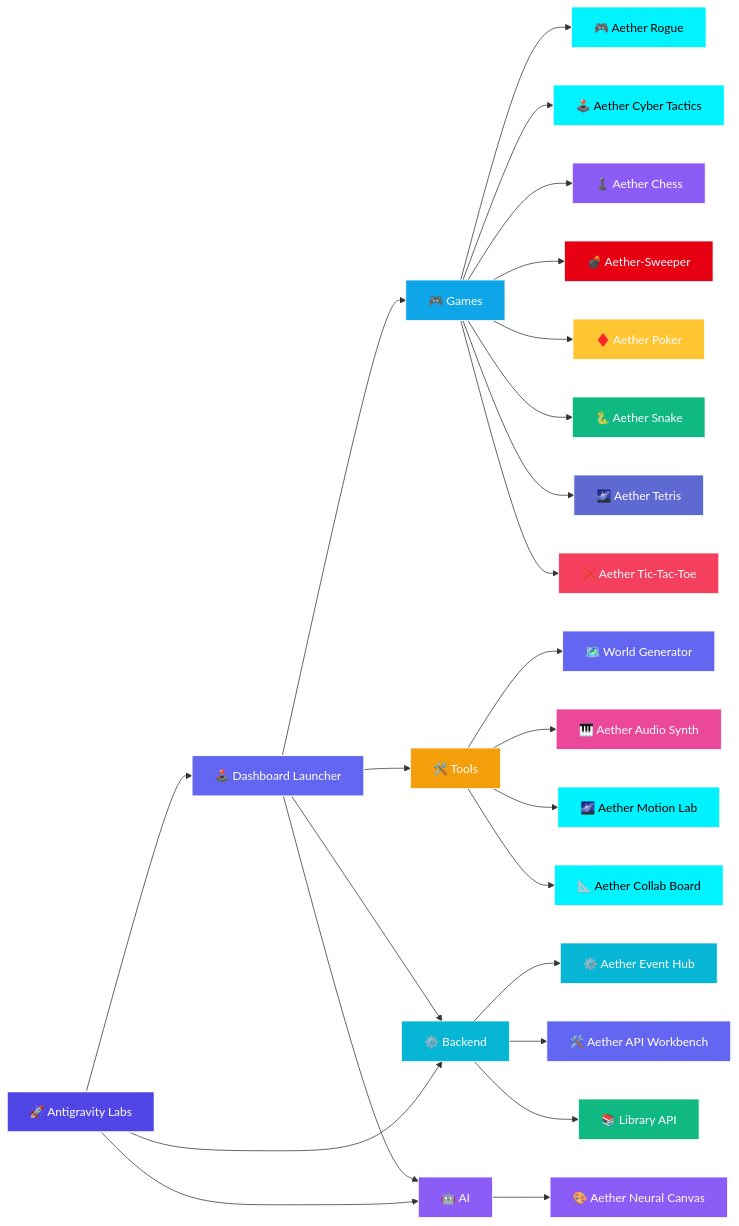
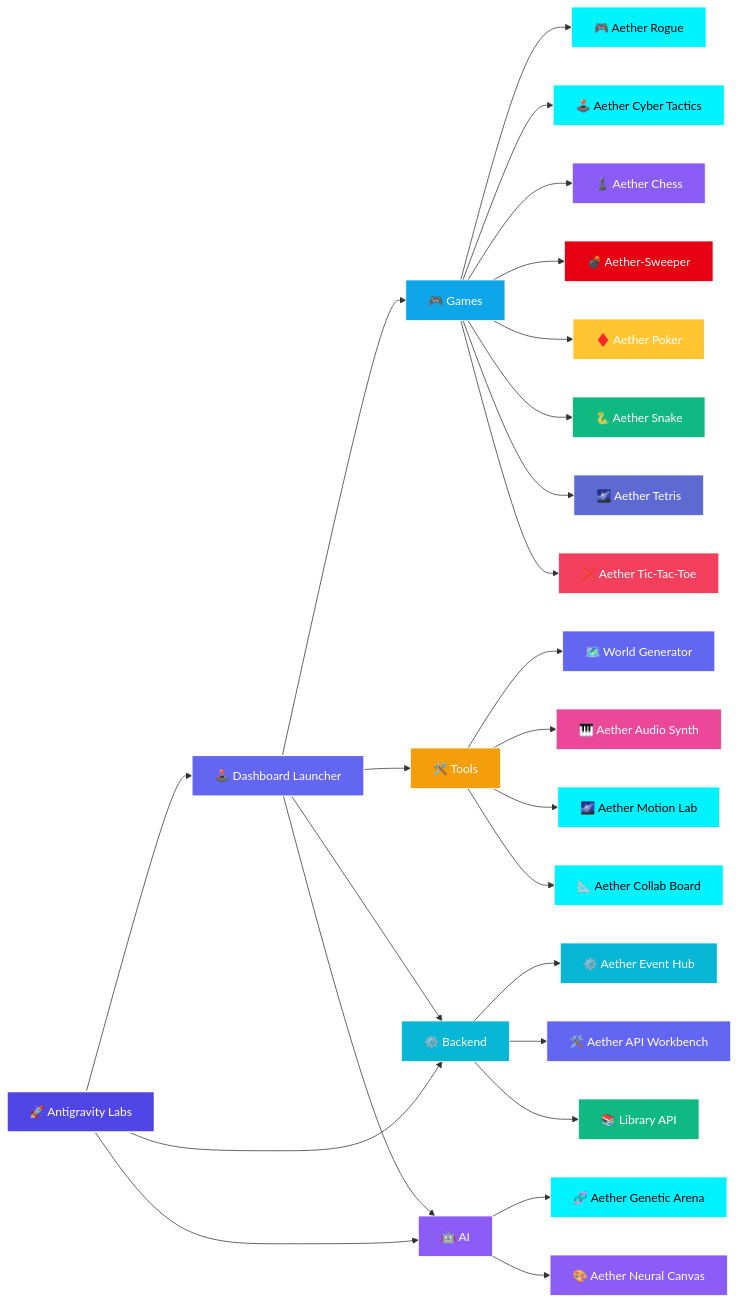
The diagram in README.md (Leturnos/antigravity-labs), drawn with Mermaid before and after one commit. The commit also changed other lines of this file and 2 other files, not shown here.

Commit message:
feat(launcher): integrate aether genetic arena into central launcher and documentation

````diff
--- a/README.md
+++ b/README.md
@@ -41,57 +42,59 @@
 ```mermaid
 flowchart LR
     Root["🚀 Antigravity Labs"]
     Launcher["🕹️ Dashboard Launcher"]
 
     Root --> Launcher
     Root --> Backend["⚙️ Backend"]
     Root --> AI["🤖 AI"]
 
     Launcher --> Games["🎮 Games"]
     Launcher --> Tools["🛠️ Tools"]
     Launcher --> AI["🤖 AI"]
     Launcher --> Backend["⚙️ Backend"]
 
     Games --> Rogue["🎮 Aether Rogue"]
     Games --> Tactics["🕹️ Aether Cyber Tactics"]
     Games --> Chess["♟️ Aether Chess"]
     Games --> Sweeper["💣 Aether-Sweeper"]
     Games --> Poker["♦️ Aether Poker"]
     Games --> Snake["🐍 Aether Snake"]
     Games --> Tetris["🌌 Aether Tetris"]
     Games --> TicTacToe["❌ Aether Tic-Tac-Toe"]
 
     Backend --> EventHub["⚙️ Aether Event Hub"]
     Backend --> APIWorkbench["🛠️ Aether API Workbench"]
     Backend --> LibraryAPI["📚 Library API"]
     
     Tools --> WorldGen["🗺️ World Generator"]
     Tools --> AudioSynth["🎹 Aether Audio Synth"]
     Tools --> MotionLab["🌌 Aether Motion Lab"]
     Tools --> CollabBoard["📐 Aether Collab Board"]
 
+    AI --> GeneticArena["🧬 Aether Genetic Arena"]
     AI --> NeuralCanvas["🎨 Aether Neural Canvas"]
 
     style Root fill:#4f46e5,stroke:#fff,stroke-width:2px,color:#fff
     style Launcher fill:#6366f1,stroke:#fff,stroke-width:1.5px,color:#fff
     style Games fill:#0ea5e9,stroke:#fff,stroke-width:1px,color:#fff
     style Backend fill:#06b6d4,stroke:#fff,stroke-width:1px,color:#fff
     style AI fill:#8b5cf6,stroke:#fff,stroke-width:1px,color:#fff
     style Tools fill:#f59e0b,stroke:#fff,stroke-width:1px,color:#fff
     style Rogue fill:#00f3ff,stroke:#fff,stroke-width:1px,color:#000
     style Tactics fill:#00f3ff,stroke:#fff,stroke-width:1px,color:#000
     style Chess fill:#8b5cf6,stroke:#fff,stroke-width:1px,color:#fff
     style Sweeper fill:#e60012,stroke:#fff,stroke-width:1px,color:#fff
     style Poker fill:#ffc533,stroke:#fff,stroke-width:1px,color:#fff
     style Snake fill:#10b981,stroke:#fff,stroke-width:1px,color:#fff
     style Tetris fill:#5e6ad2,stroke:#fff,stroke-width:1px,color:#fff
     style TicTacToe fill:#f43f5e,stroke:#fff,stroke-width:1px,color:#fff
     style EventHub fill:#06b6d4,stroke:#fff,stroke-width:1px,color:#fff
     style APIWorkbench fill:#6366f1,stroke:#fff,stroke-width:1px,color:#fff
     style LibraryAPI fill:#10b981,stroke:#fff,stroke-width:1px,color:#fff
     style WorldGen fill:#6366f1,stroke:#fff,stroke-width:1px,color:#fff
     style AudioSynth fill:#ec4899,stroke:#fff,stroke-width:1px,color:#fff
     style MotionLab fill:#00f2fe,stroke:#fff,stroke-width:1px,color:#000
     style CollabBoard fill:#00f3ff,stroke:#fff,stroke-width:1px,color:#000
+    style GeneticArena fill:#00f3ff,stroke:#fff,stroke-width:1px,color:#000
     style NeuralCanvas fill:#8b5cf6,stroke:#fff,stroke-width:1px,color:#fff
 ```
````
